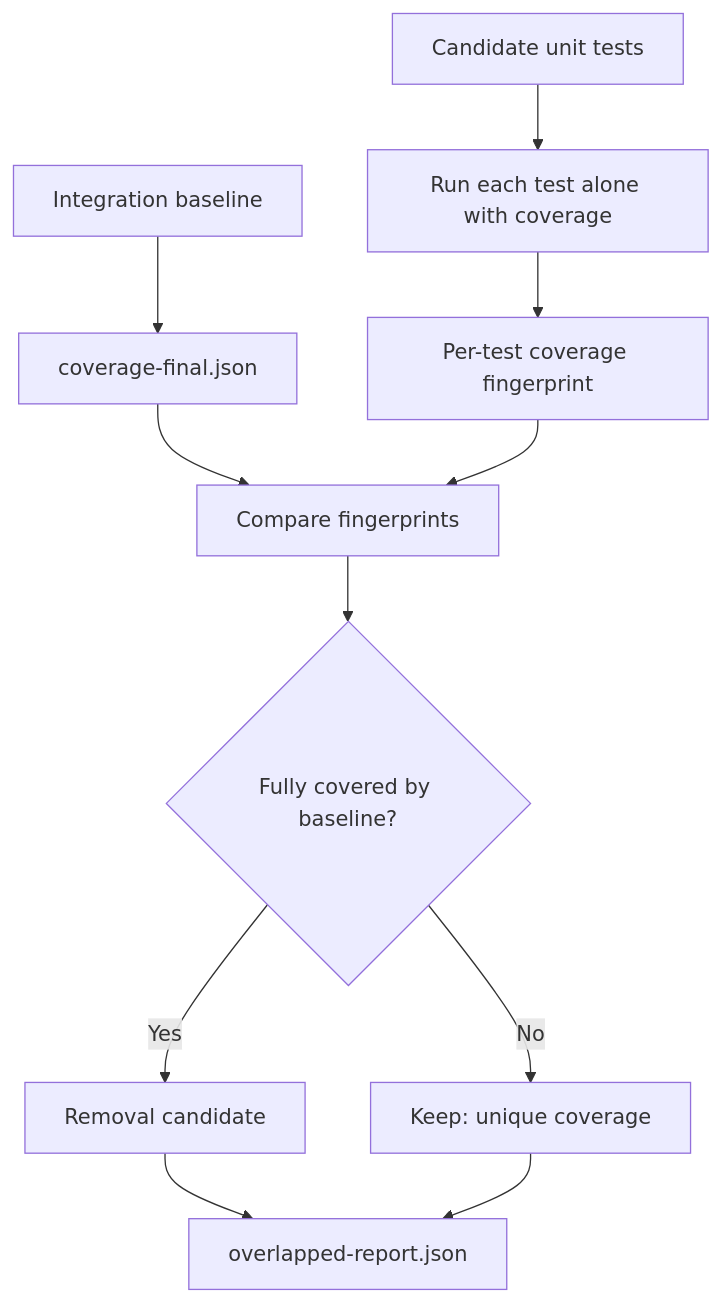
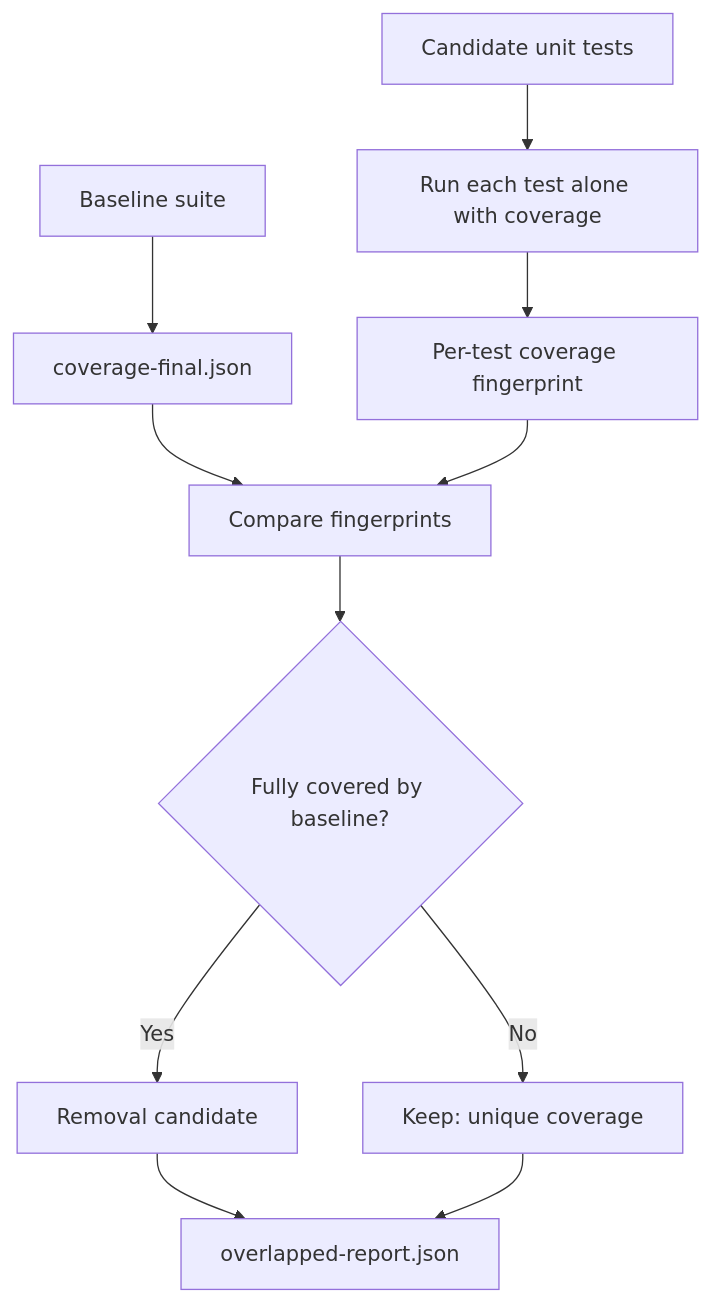
One commit to callstackincubator/overlapped changed the diagram in README.md. Above: the diagram before and after it, drawn with Mermaid. The commit also changed other lines of this file, not shown here.

````diff
--- a/README.md
+++ b/README.md
@@ -74,13 +93,13 @@
 ```mermaid
 flowchart TD
-  A[Integration baseline] --> B[coverage-final.json]
+  A[Baseline suite] --> B[coverage-final.json]
   C[Candidate unit tests] --> D[Run each test alone with coverage]
   D --> E[Per-test coverage fingerprint]
   B --> F[Compare fingerprints]
   E --> F
   F --> G{Fully covered by baseline?}
   G -->|Yes| H[Removal candidate]
   G -->|No| I[Keep: unique coverage]
   H --> J[overlapped-report.json]
   I --> J
 ```
````
